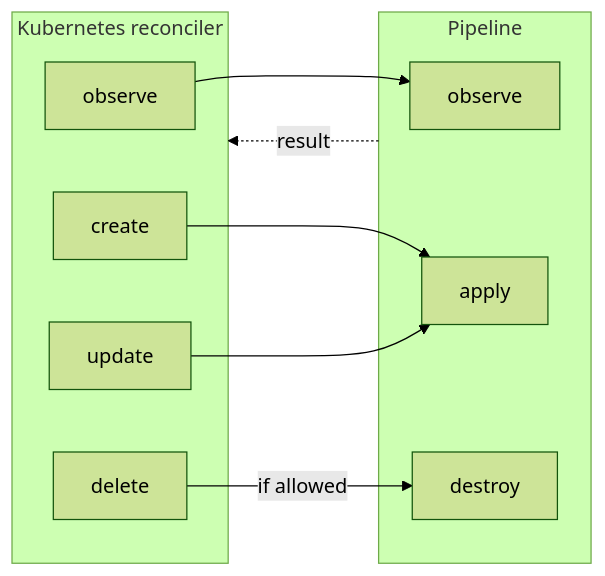
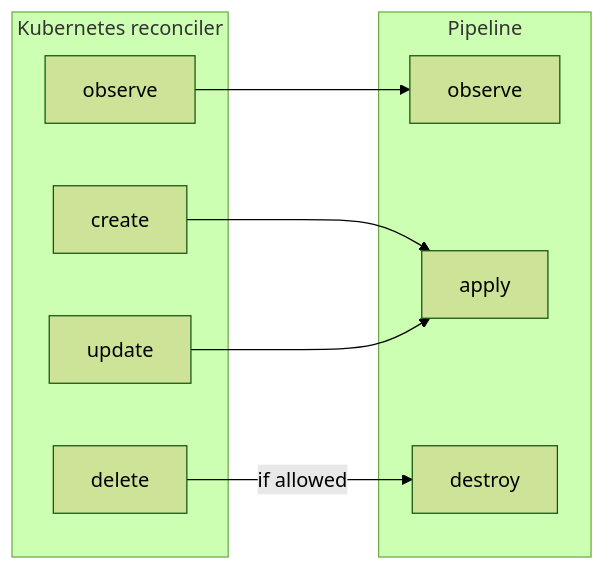
Before and after one commit to allianz/yukimi: the diagram in specs/020-snowflakeaccount-controller.md, drawn with Mermaid (forest theme).

````diff
--- a/specs/020-snowflakeaccount-controller.md
+++ b/specs/020-snowflakeaccount-controller.md
@@ -30,19 +30,18 @@
 ```mermaid
 flowchart LR
     subgraph K[Kubernetes reconciler]
         KO[observe]
         KC[create]
         KU[update]
         KD[delete]
     end
     subgraph P[Pipeline]
         PO[observe]
         PA[apply]
         PD[destroy]
     end
     KO --> PO
     KC --> PA
     KU --> PA
     KD -->|if allowed| PD
-    P -.->|result| K
 ```
````
